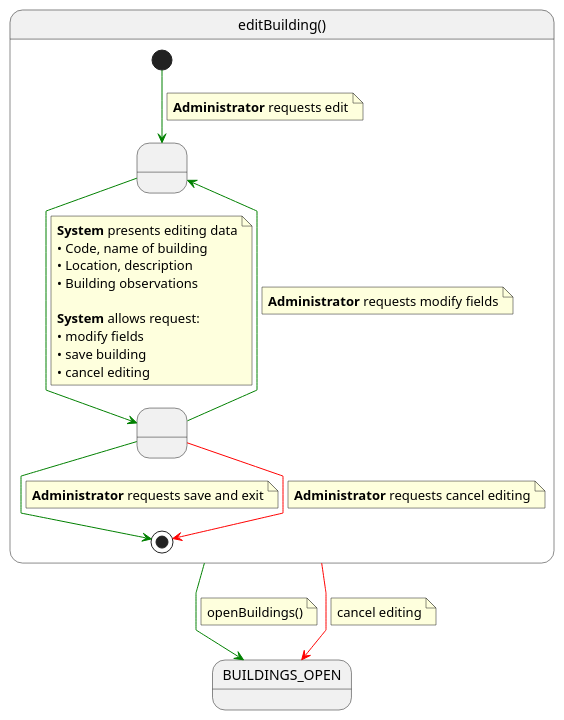
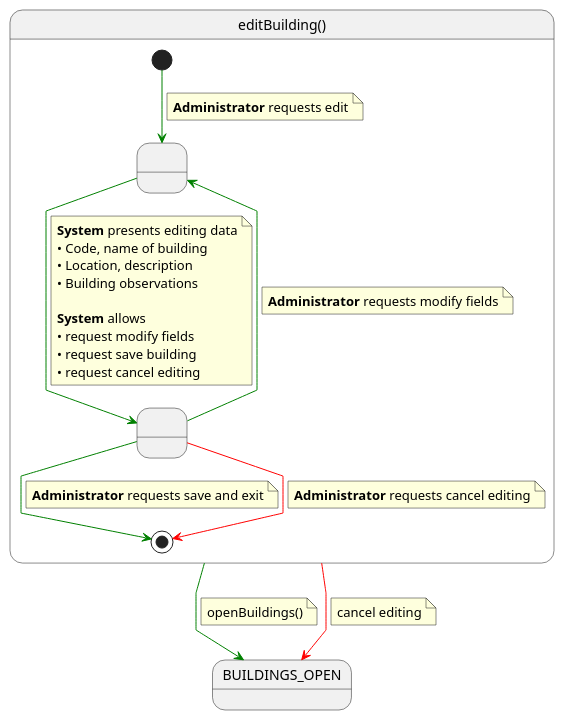
One commit to mmasias/pySigHor changed the diagram in RUP/00-casos-uso/02-detalle/editBuilding/especificacion.puml. Above: the diagram before and after it, drawn with PlantUML. The commit also changed 77 other files, not shown here.

```diff
--- a/RUP/00-casos-uso/02-detalle/editBuilding/especificacion.puml
+++ b/RUP/00-casos-uso/02-detalle/editBuilding/especificacion.puml
@@ -1,55 +1,55 @@
 @startuml editBuilding
 
 skinparam linetype polyline
 
 state editBuilding as "editBuilding()" {
 
     state " " as EditingData
     state " " as SavingData 
 
     [*] -[#green]-> EditingData 
     note on link
     <b>Administrator</b> requests edit
     end note    
     
     EditingData -[#green]-> SavingData
     note on link
     <b>System</b> presents editing data
     • Code, name of building
     • Location, description
     • Building observations
     
-    <b>System</b> allows request:
-    • modify fields
-    • save building
-    • cancel editing
+    <b>System</b> allows
+    • request modify fields
+    • request save building
+    • request cancel editing
     end note
     
     SavingData -[#green]-> EditingData
     note on link
     <b>Administrator</b> requests modify fields
     end note
     
     SavingData -[#green]-> [*]
     note on link
     <b>Administrator</b> requests save and exit
     end note
 
     SavingData -[#red]-> [*]
     note on link
     <b>Administrator</b> requests cancel editing
     end note
 
 }
 
 editBuilding -[#green]-> BUILDINGS_OPEN
 note on link
 openBuildings()
 end note
 
 editBuilding -[#red]-> BUILDINGS_OPEN
 note on link
 cancel editing
 end note
 
 @enduml
```
